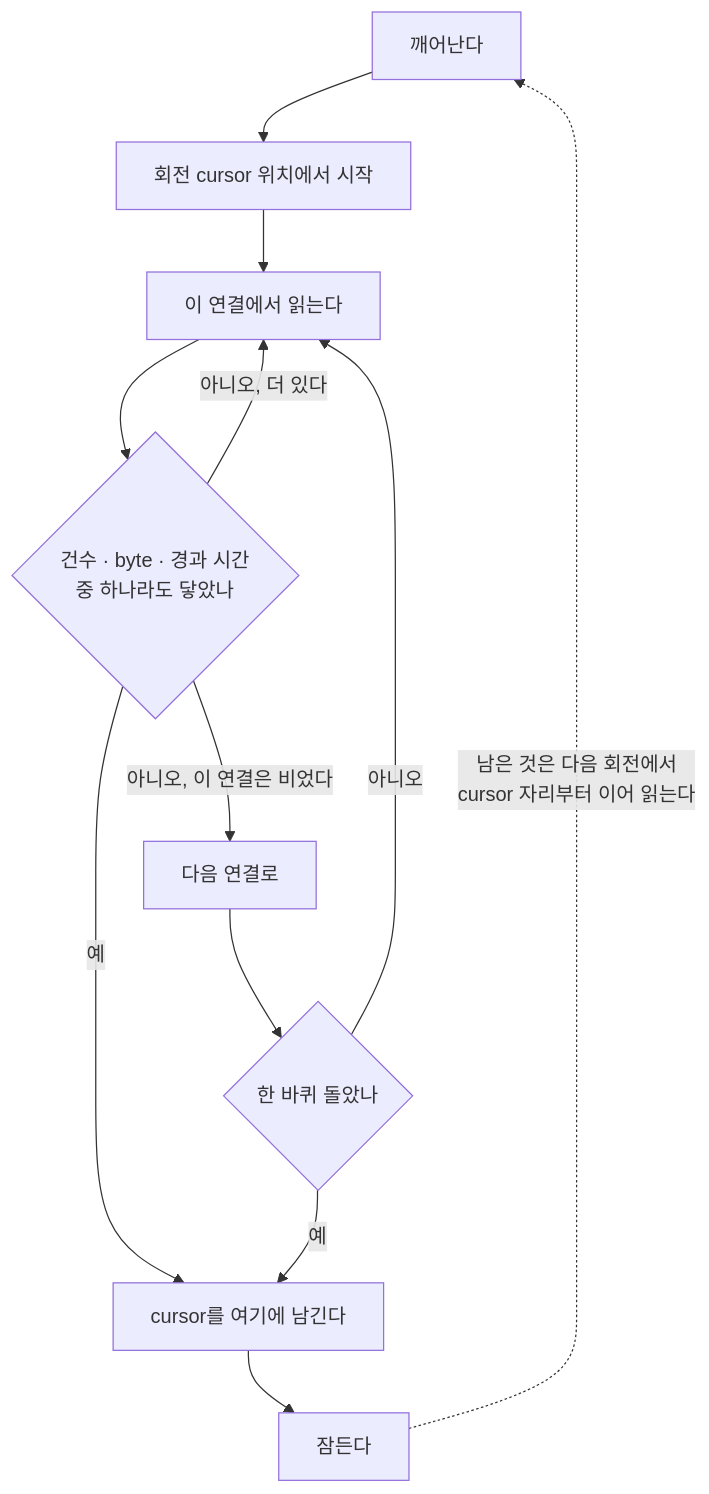
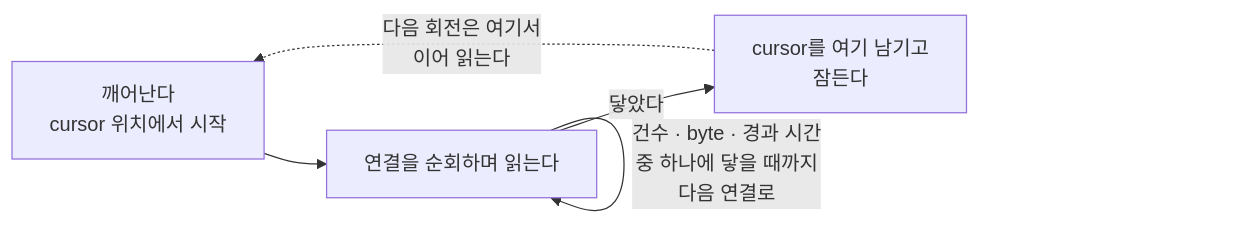
Before and after one commit to kairos-code-dev/zlink: the second of 2 diagrams in framework/doc/framework/common/internals/07-dispatch-loop.ko.md, drawn with Mermaid. The commit also changed other lines of this file and 2 other files, not shown here.

Commit message:
docs(site): hide the right-side page TOC; shrink two oversized diagrams
TOC: mermaid_size.py 훅이 없어도 오른쪽 "현재 페이지" 목차는 계속 나온다.
mkdocs.yml에서 toc.integrate를 켜면 없앨 수 있지만 그러면 왼쪽 nav 트리
안으로 병합돼 페이지마다 nav가 길어진다. 대신 CSS로 .md-sidebar--secondary만
감췄다 — Material 레이아웃이 flexbox(.md-content: flex-grow:1)라서 본문이
비워진 공간으로 자동으로 넓어진다. 왼쪽 nav는 그대로다.

다이어그램: TB 방향의 좁고 긴 flowchart가 화면에서 실제 크기보다 훨씬
크게 보이는 원인을 실측했다. mermaid는 본문 폭에 맞춰 SVG를 통째로
확대하므로, intrinsic width가 좁고 height가 큰 그림은 폭 기준 확대율이
그대로 높이에 곱해진다.

  07 §6 수신 회전    TB 596×1180 (h/w 2.0)  → LR 981×198 (h/w 0.2)
  10 §3 시작 순서    TB 228×690  (h/w 3.0)  → LR 764×113 (h/w 0.15)

단순 LR 전환만으로는 부족했다 — loop 그림을 그대로 LR로 돌리면 이번엔
1980×403으로 과도하게 넓어져 축소될 때 글자가 너무 작아진다. 두 그림
모두 내용을 줄였다.

10의 그림은 본문 바로 위 번호 목록(1~5)을 그대로 다시 그린 것이었다.
저자 자신이 "3번과 5번의 순서가 핵심이다"라고 적어 둔 대로, 그 관계만
남기고 나머지 세 단계는 번호 목록에 맡겼다.

07의 그림은 3중 한도(건수·byte·경과 시간)와 "다음 회전 시작 위치"가
이미 위 문단에 결정으로 적혀 있었다. "회전 cursor가 멈춘 자리를
기억한다"는 저자가 명시한 요점만 남기고 분기 노드 둘을 지웠다.

뒤따르는 설명 문단도 새 구조에 맞춰 고쳤다 — 07은 더 이상 존재하지 않는
노드 문자(`L`·`S`) 대신 산문으로 같은 내용을 전달한다.

검증: mkdocs --strict 256건으로 회귀 없음, 두 그림 모두 mermaid-cli로
렌더링해 실제 종횡비 확인.

Claude-Session: https://claude.ai/code/session_015i3xUJdKE9AdwZ3BxuGLAv

````diff
--- a/framework/doc/framework/common/internals/07-dispatch-loop.ko.md
+++ b/framework/doc/framework/common/internals/07-dispatch-loop.ko.md
@@ -200,14 +200,7 @@
 ```mermaid
-flowchart TB
-    W["깨어난다"] --> C["회전 cursor 위치에서 시작"]
-    C --> R["이 연결에서 읽는다"]
-    R --> L{"건수 · byte · 경과 시간<br/>중 하나라도 닿았나"}
-    L -- "아니오, 더 있다" --> R
-    L -- "아니오, 이 연결은 비었다" --> N["다음 연결로"]
-    L -- "예" --> S["cursor를 여기에 남긴다"]
-    N --> E{"한 바퀴 돌았나"}
-    E -- "아니오" --> R
-    E -- "예" --> S
-    S --> Z["잠든다"]
-    Z -. "남은 것은 다음 회전에서<br/>cursor 자리부터 이어 읽는다" .-> W
+flowchart LR
+    W["깨어난다<br/>cursor 위치에서 시작"] --> R["연결을 순회하며 읽는다"]
+    R -- "건수 · byte · 경과 시간<br/>중 하나에 닿을 때까지<br/>다음 연결로" --> R
+    R -- "닿았다" --> S["cursor를 여기 남기고<br/>잠든다"]
+    S -. "다음 회전은 여기서<br/>이어 읽는다" .-> W
 ```
````
